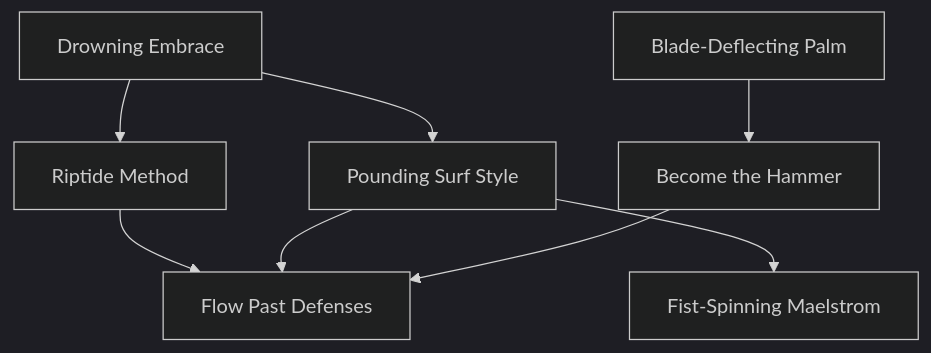
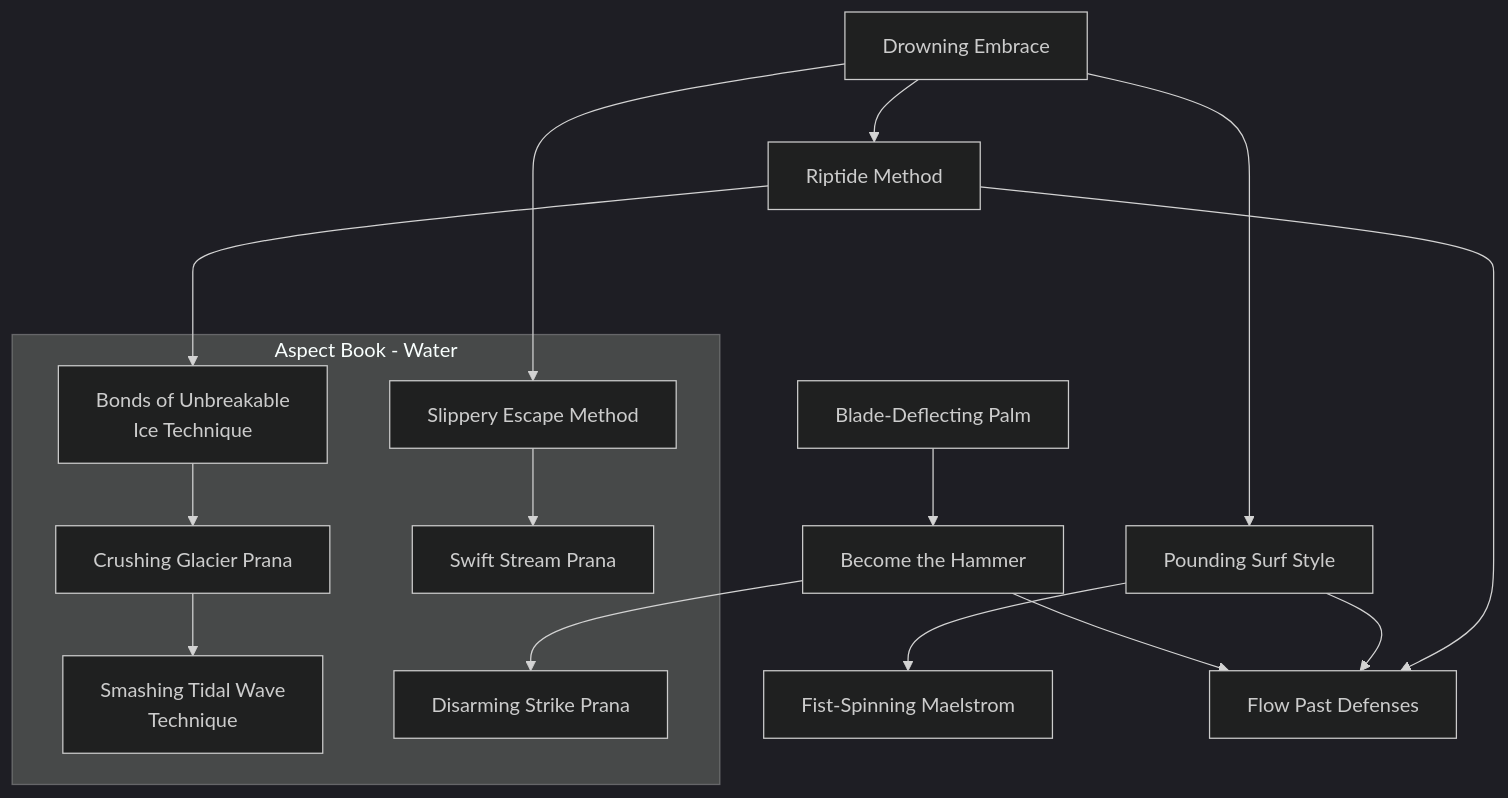
Before and after one commit to jrobichaud/exalted-charms-1e: the diagram in docs/mermaid/dragon_blooded/water_brawl_1.mmd, drawn with Mermaid. The commit also changed 5 other files, not shown here.

Commit message:
Aspect book water

```diff
--- a/docs/mermaid/dragon_blooded/water_brawl_1.mmd
+++ b/docs/mermaid/dragon_blooded/water_brawl_1.mmd
@@ -153,7 +153,7 @@
         "
 
     flow_past_defences[Flow Past Defenses]
-    riptide_method --> flow_past_defences
+    riptide_method -----> flow_past_defences
     pounding_surf_style --> flow_past_defences
     become_the_hammer --> flow_past_defences
     click flow_past_defences callback "
@@ -181,3 +181,161 @@
         The Exalt is not normally harmed by attacks aimed at the held
         foe, although a botched attack may still injure her.
         "
+
+
+    subgraph Aspect Book - Water
+        bonds_of_unbreakable_ice_technique[Bonds of Unbreakable<br>Ice Technique]
+        click bonds_of_unbreakable_ice_technique callback "
+            Bonds of Unbreakable Ice Technique<br>
+            <br>
+            Cost: 3 motes, 1 Willpower<br>
+            Duration: Essence in turns<br>
+            Type: Supplemental<br>
+            Minimum Brawl: 3<br>
+            Minimum Essence: 2<br>
+            Prerequisite Charms: Riptide Method<br>
+            <br>
+            Just as ice on a frozen sea can hold a ship fast in place,
+            the character can use bonds of Essence to maintain a hold
+            on an opponent. The character makes a hold attack on her
+            opponent normally and uses this Charm. If the hold attack
+            is successful, then, at the beginning of the next turn, the
+            character can let go and act normally. The opponent will
+            remain held as if by the character for an additional number
+            of turns equal to the character's Essence score. The opponent
+            can attempt to break free normally, and all such
+            attempts are made as if against the character. Even if the
+            opponent cannot break free, once the duration of this
+            Charm is up, he is automatically freed. The character can
+            use this Charm to immobilize multiple opponents one
+            after the other and can enhance the hold by placing this
+            Charm in a Combo.
+            "
+
+        crushing_glacier_prana[Crushing Glacier Prana]
+        click crushing_glacier_prana callback "
+            Crushing Glacier Prana<br>
+            <br>
+            Cost: 10 motes, 1 Willpower<br>
+            Duration: Essence in turns<br>
+            Type: Supplemental<br>
+            Minimum Brawl: 5<br>
+            Minimum Essence: 4<br>
+            Prerequisite Charms: Bonds of Unbreakable Ice Technique<br>
+            <br>
+            The character can now also maintain a clinch after she
+            ceases to touch her opponent. The character makes a
+            normal clinch attack and uses this Charm. If the clinch
+            attack is successful, then, the next turn, the character can let
+            go and act normally. The opponent will continue to be
+            crushed by waves of Essence for an additional number of
+            turns equal to the character's Essence score. The opponent
+            can attempt to break free normally, and all such attempts are
+            made as if against the character. Even if the opponent
+            cannot break free, once the duration of this Charm is up, the
+            opponent is automatically freed. The character can use this
+            Charm to attack multiple opponents one after the other and
+            can enhance the clinch by placing this Charm in a Combo.
+            "
+
+        smashing_tidal_wave_technique[Smashing Tidal Wave<br>Technique]
+        click smashing_tidal_wave_technique callback "
+            Smashing Tidal Wave Technique<br>
+            <br>
+            Cost: 3 motes + 3 motes per additional target, 1 Willpower<br>
+            Duration: Brawl in turns<br>
+            Type: Supplemental<br>
+            Minimum Brawl: 5<br>
+            Minimum Essence: 4<br>
+            Prerequisite Charms: Crushing Glacier Prana<br>
+            <br>
+            Just as a tidal wave can crush many people at once,
+            the character can attempt to hold a number of targets
+            equal to his permanent Essence. In addition, this attack
+            can be made at a range of (Essence x 5) yards. The
+            opponents can be all together in a single group or
+            standing separately — so long as all opponents are in
+            range, the player rolls normally for his character to
+            attempt to place each of them in a hold. The player
+            rolls each hold attempt separately. Unless they
+            break free, all opponents are held for a number of
+            turns equal to the character's Brawl score. All such
+            attempts are made as if against the character who
+            activated this Charm. Once the duration of this
+            Charm is up, all opponents are automatically freed. The
+            character must maintain these holds as if he were maintaining normal holds. Taking any other non-reflexive
+            action automatically frees everyone effected by this Charm.
+            "
+
+        slippery_escape_method[Slippery Escape Method]
+        click slippery_escape_method callback "
+            Slippery Escape Method<br>
+            <br>
+            Cost: 1 mote per two dice<br>
+            Duration: Instant<br>
+            Type: Supplemental<br>
+            Minimum Brawl: 3<br>
+            Minimum Essence: 2<br>
+            Prerequisite Charms: Drowning Embrace<br>
+            <br>
+            As water flows past all obstacles, the character can
+            escape from clinches and holds by literally flowing through
+            the arms of her opponent. For each mote of Essence spent
+            on Slippery Escape Method, the player adds two dice to
+            the roll for her character to escape from clinches and
+            holds. In addition, the player can also add this same
+            bonus to any Larceny roll made to escape from bonds or
+            for any Athletics roll made to squeeze through tight
+            spaces. The character cannot spend more motes on this
+            Charm than her permanent Essence.
+            "
+        swift_stream_prana[Swift Stream Prana]
+        click swift_stream_prana callback "
+            Swift Stream Prana<br>
+            <br>
+            Cost: 2 motes<br>
+            Duration: Instant<br>
+            Type: Reflexive<br>
+            Minimum Brawl: 4<br>
+            Minimum Essence: 3<br>
+            Prerequisite Charms: Slippery Escape Method<br>
+            <br>
+            Like a stream of water runs rapidly past stationary
+            obstacles, the character can use this Charm to allow his
+            player to make a reflexive roll for the Dragon-Blood to
+            escape from a clinch or hold or to slip out of bonds.
+            Regardless of whether this roll succeeds or not, the character
+            can then act normally in the turn with no penalty to
+            his dice pools. This Charm can be placed in a Combo with
+            others that can be used to increase his chances of successfully escaping.
+            "
+        disarming_strike_prana[Disarming Strike Prana]
+        click disarming_strike_prana callback "
+            Disarming Strike Prana<br>
+            <br>
+            Cost: 3 motes, 1 Willpower<br>
+            Duration: Instant<br>
+            Type: Simple<br>
+            Minimum Brawl: 4<br>
+            Minimum Essence: 3<br>
+            Prerequisite Charms: Become the Hammer<br>
+            <br>
+            Even the most skilled brawlers know the difficulties
+            they have when facing well-armed opponents. This Charm
+            allows a character to reduce the difficulty of an attempt to
+            disarm her opponent by 1. This Charm does not allow the
+            character to take or break the weapon. It only allows her
+            to make a barehanded strike that will cause the weapon to
+            fly out of the opponent's hand and land (5 + 1 per
+            additional success) yards away. The character can choose
+            in which direction the weapon will land.
+            "
+
+    end
+
+    riptide_method ---> bonds_of_unbreakable_ice_technique
+    bonds_of_unbreakable_ice_technique --> crushing_glacier_prana
+    crushing_glacier_prana --> smashing_tidal_wave_technique
+    drowning_embrace --> slippery_escape_method
+    slippery_escape_method --> swift_stream_prana
+    become_the_hammer --> disarming_strike_prana
```
